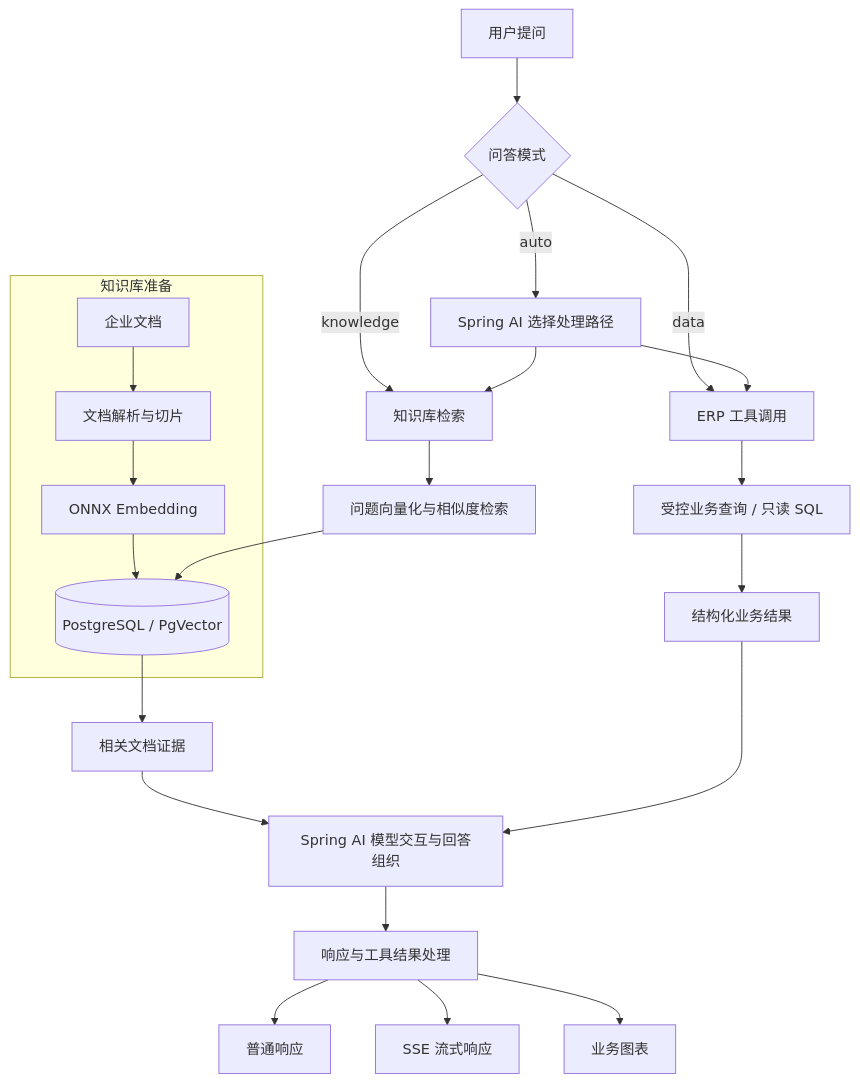
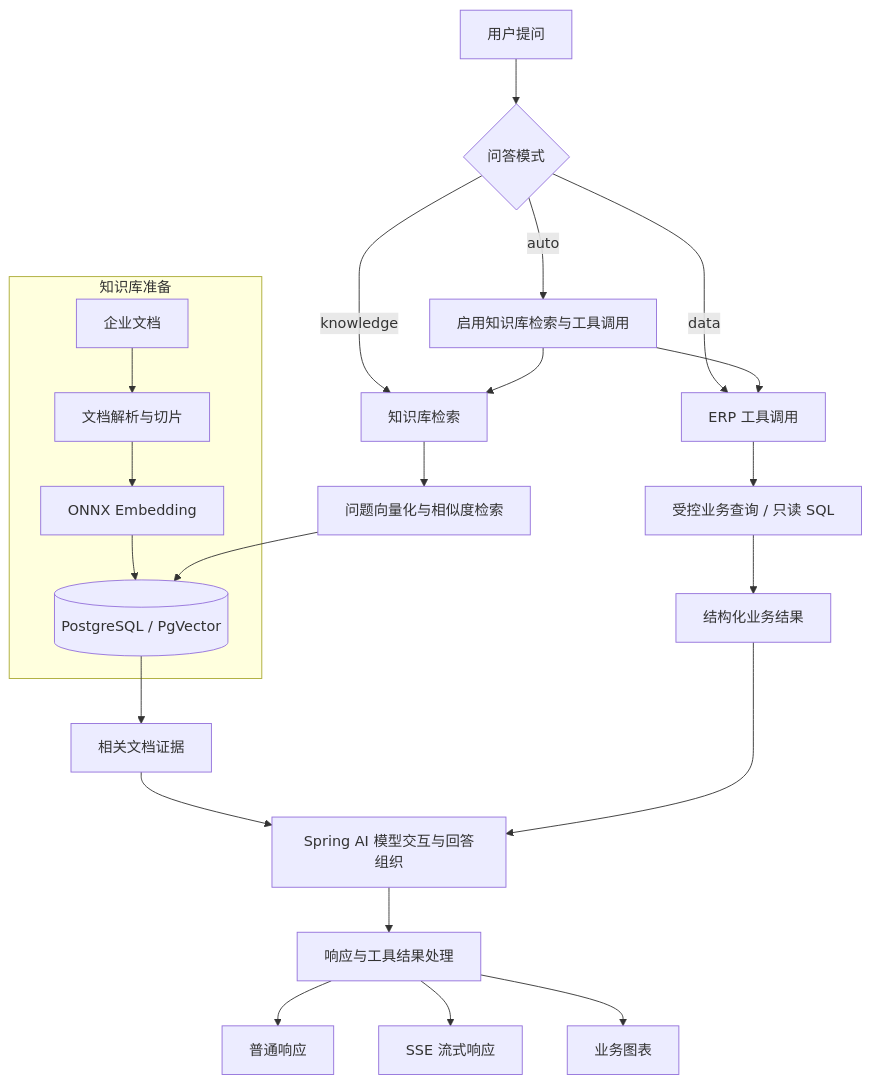
Before and after one commit to qianmu233/enterprise-rag-erp-assistant: the diagram in README.md, drawn with Mermaid. The commit also changed other lines of this file and 10 other files, not shown here.

````diff
--- a/README.md
+++ b/README.md
@@ -81,29 +83,29 @@
 ```mermaid
 flowchart TD
     subgraph PREP["知识库准备"]
         D["企业文档"] --> P["文档解析与切片"]
         P --> EMB["ONNX Embedding"]
         EMB --> V[("PostgreSQL / PgVector")]
     end
 
     U["用户提问"] --> M{"问答模式"}
     M -->|knowledge| K["知识库检索"]
     M -->|data| T["ERP 工具调用"]
-    M -->|auto| A["Spring AI 选择处理路径"]
+    M -->|auto| A["启用知识库检索与工具调用"]
     A --> K
     A --> T
 
     K --> QE["问题向量化与相似度检索"]
     QE --> V
     V --> S["相关文档证据"]
 
     T --> Q["受控业务查询 / 只读 SQL"]
     Q --> B["结构化业务结果"]
 
     S --> C["Spring AI 模型交互与回答组织"]
     B --> C
     C --> F["响应与工具结果处理"]
     F --> N["普通响应"]
     F --> SSE["SSE 流式响应"]
     F --> CH["业务图表"]
 ```
````
